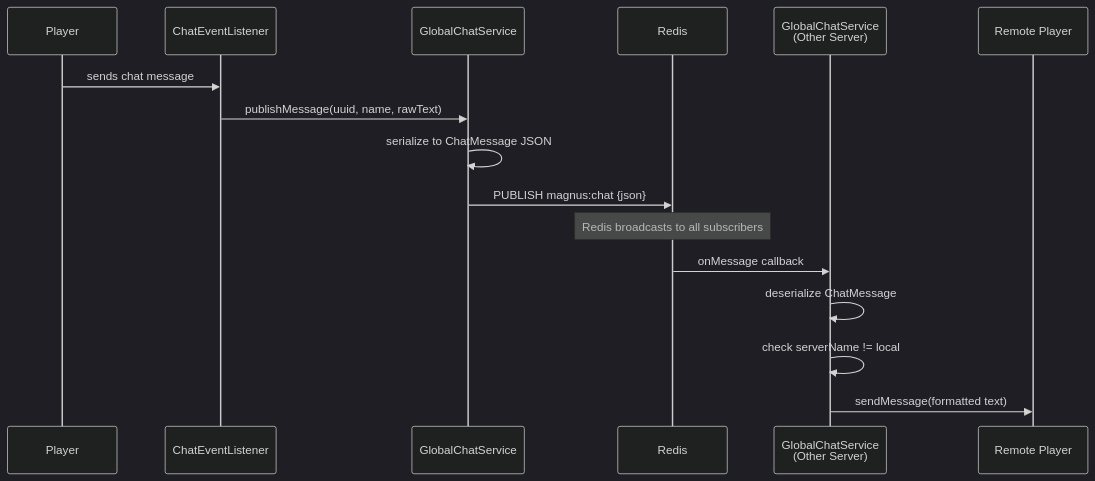
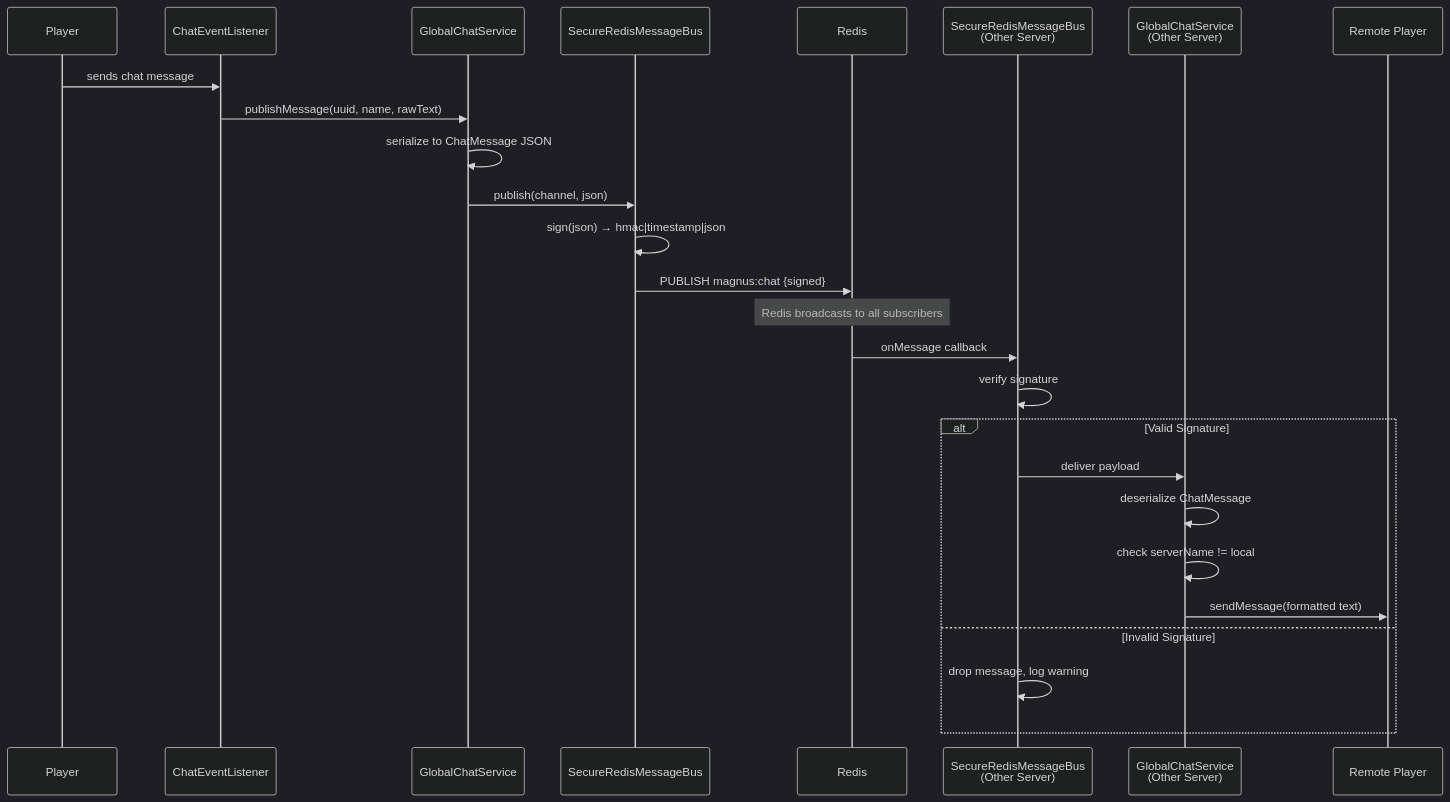
Before and after one commit to KroderDev/magnus-sync: the second of 2 diagrams in docs/global_chat_flow.md, drawn with Mermaid (dark theme). The commit also changed other lines of this file and 1 other file, not shown here.

First line of the commit message:
docs: update flow diagrams to reflect security layer

````diff
--- a/docs/global_chat_flow.md
+++ b/docs/global_chat_flow.md
@@ -30,21 +32,31 @@
 ```mermaid
 sequenceDiagram
     participant P as Player
     participant FEL as ChatEventListener
     participant GCS as GlobalChatService
+    participant Bus as SecureRedisMessageBus
     participant Redis as Redis
+    participant Bus2 as SecureRedisMessageBus<br>(Other Server)
     participant GCS2 as GlobalChatService<br>(Other Server)
     participant P2 as Remote Player
 
     P->>FEL: sends chat message
     FEL->>GCS: publishMessage(uuid, name, rawText)
     GCS->>GCS: serialize to ChatMessage JSON
-    GCS->>Redis: PUBLISH magnus:chat {json}
+    GCS->>Bus: publish(channel, json)
+    Bus->>Bus: sign(json) → hmac|timestamp|json
+    Bus->>Redis: PUBLISH magnus:chat {signed}
     
     Note over Redis: Redis broadcasts to all subscribers
     
-    Redis->>GCS2: onMessage callback
-    GCS2->>GCS2: deserialize ChatMessage
-    GCS2->>GCS2: check serverName != local
-    GCS2->>P2: sendMessage(formatted text)
+    Redis->>Bus2: onMessage callback
+    Bus2->>Bus2: verify signature
+    alt Valid Signature
+        Bus2->>GCS2: deliver payload
+        GCS2->>GCS2: deserialize ChatMessage
+        GCS2->>GCS2: check serverName != local
+        GCS2->>P2: sendMessage(formatted text)
+    else Invalid Signature
+        Bus2->>Bus2: drop message, log warning
+    end
 ```
````
